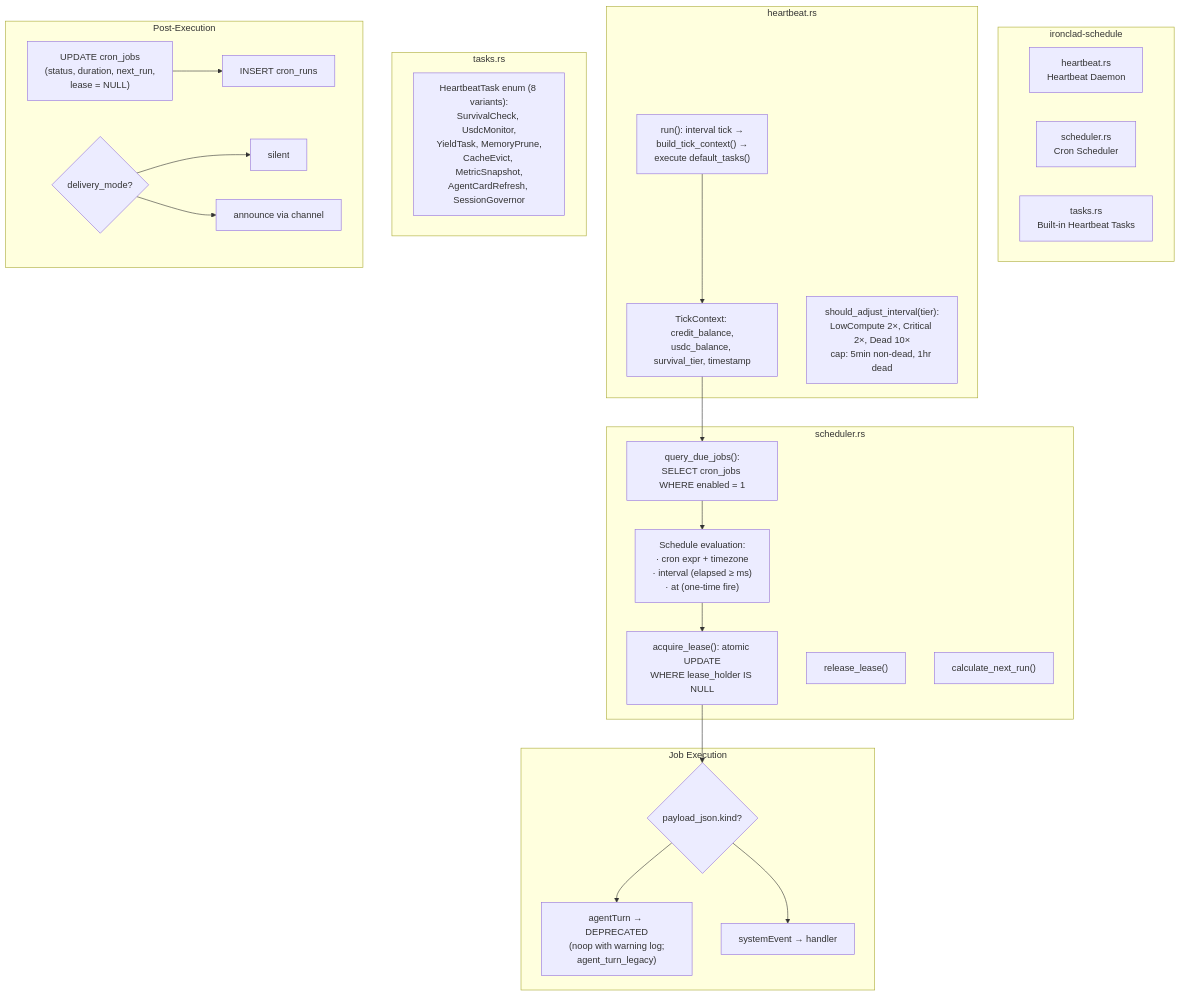
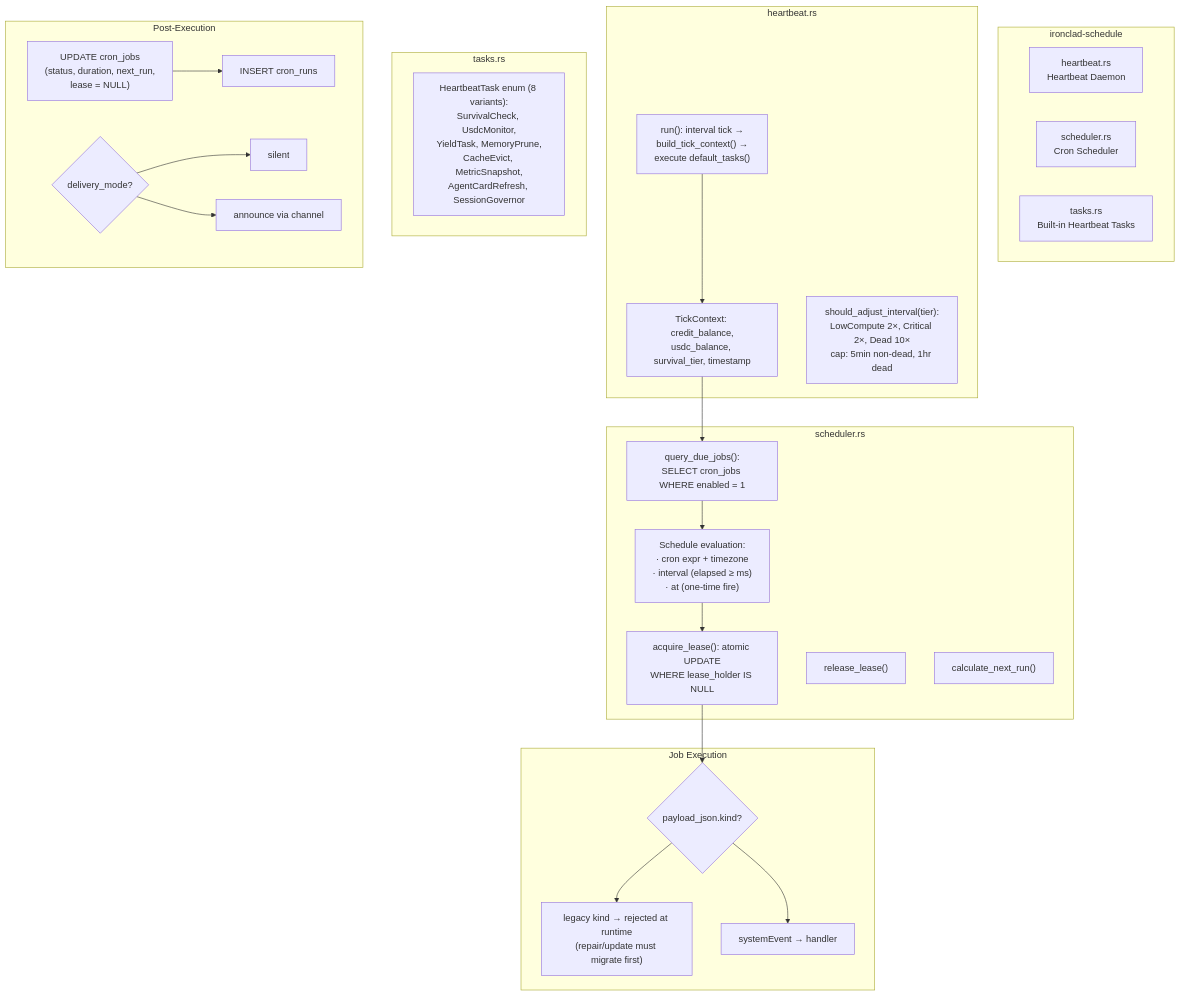
The first of 2 diagrams in docs/architecture/ironclad-c4-schedule.md (robot-accomplice/ironclad), drawn with Mermaid before and after one commit. The commit also changed 102 other files, not shown here.

````diff
--- a/docs/architecture/ironclad-c4-schedule.md
+++ b/docs/architecture/ironclad-c4-schedule.md
@@ -9,52 +9,52 @@
 ```mermaid
 flowchart TB
     subgraph IroncladSchedule ["ironclad-schedule"]
         HEARTBEAT["heartbeat.rs<br/>Heartbeat Daemon"]
         SCHEDULER["scheduler.rs<br/>Cron Scheduler"]
         TASKS["tasks.rs<br/>Built-in Heartbeat Tasks"]
     end
 
     subgraph HeartbeatDetail ["heartbeat.rs"]
         TICK_LOOP["run(): interval tick →<br/>build_tick_context() →<br/>execute default_tasks()"]
         TICK_CTX["TickContext: credit_balance,<br/>usdc_balance, survival_tier, timestamp"]
         ADJUST["should_adjust_interval(tier):<br/>LowCompute 2×, Critical 2×, Dead 10×<br/>cap: 5min non-dead, 1hr dead"]
         TICK_LOOP --> TICK_CTX
     end
 
     subgraph SchedulerDetail ["scheduler.rs"]
         QUERY_JOBS["query_due_jobs():<br/>SELECT cron_jobs WHERE enabled = 1"]
         EVAL["Schedule evaluation:<br/>· cron expr + timezone<br/>· interval (elapsed ≥ ms)<br/>· at (one-time fire)"]
         ACQUIRE["acquire_lease(): atomic UPDATE<br/>WHERE lease_holder IS NULL"]
         RELEASE["release_lease()"]
         NEXT_RUN["calculate_next_run()"]
         QUERY_JOBS --> EVAL --> ACQUIRE
     end
 
     subgraph TasksDetail ["tasks.rs"]
         direction LR
         TASK_ENUM["HeartbeatTask enum (8 variants):<br/>SurvivalCheck, UsdcMonitor,<br/>YieldTask, MemoryPrune,<br/>CacheEvict, MetricSnapshot,<br/>AgentCardRefresh, SessionGovernor"]
     end
 
     subgraph Execution ["Job Execution"]
         PAYLOAD_KIND{"payload_json.kind?"}
-        AGENT_TURN["agentTurn → DEPRECATED<br/>(noop with warning log;<br/>agent_turn_legacy)"]
+        AGENT_TURN["legacy kind → rejected at runtime<br/>(repair/update must migrate first)"]
         SYS_EVENT["systemEvent → handler"]
         PAYLOAD_KIND --> AGENT_TURN
         PAYLOAD_KIND --> SYS_EVENT
     end
 
     subgraph PostExec ["Post-Execution"]
         direction LR
         UPDATE_JOB["UPDATE cron_jobs<br/>(status, duration, next_run,<br/>lease = NULL)"]
         INSERT_RUN["INSERT cron_runs"]
         DELIVER_MODE{"delivery_mode?"}
         SILENT["silent"]
         ANNOUNCE["announce via channel"]
         UPDATE_JOB --> INSERT_RUN
         DELIVER_MODE --> SILENT
         DELIVER_MODE --> ANNOUNCE
     end
 
     TICK_CTX --> QUERY_JOBS
     ACQUIRE --> PAYLOAD_KIND
 ```
````
